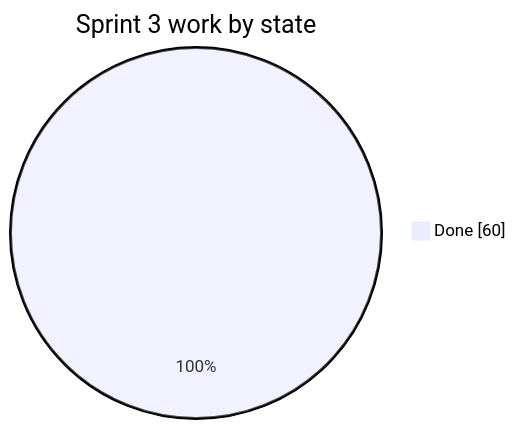
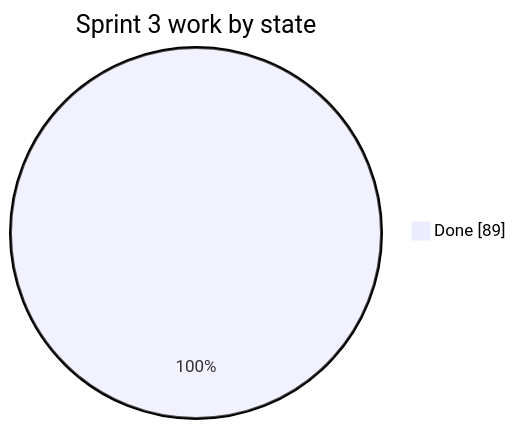
Before and after one commit to ZichuanW15/yoir_sample: the second of 6 diagrams in docs/sprint3/process/process-documentation-and-insights.md, drawn with Mermaid. The commit also changed other lines of this file, not shown here.

````diff
--- a/docs/sprint3/process/process-documentation-and-insights.md
+++ b/docs/sprint3/process/process-documentation-and-insights.md
@@ -171,5 +167,5 @@
 ```mermaid
 pie showData
     title Sprint 3 work by state
-    "Done" : 60
+    "Done" : 89
 ```
````
